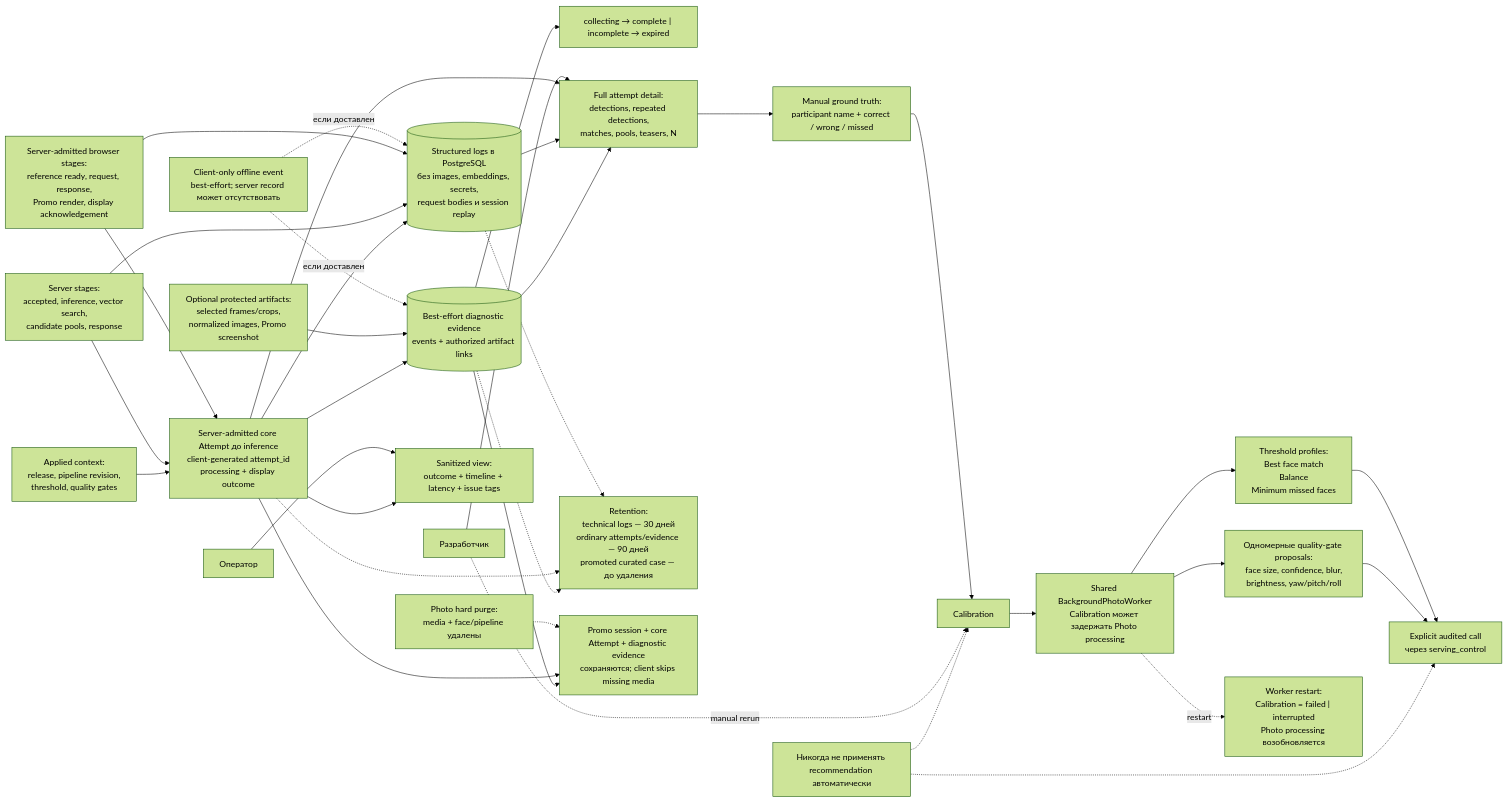
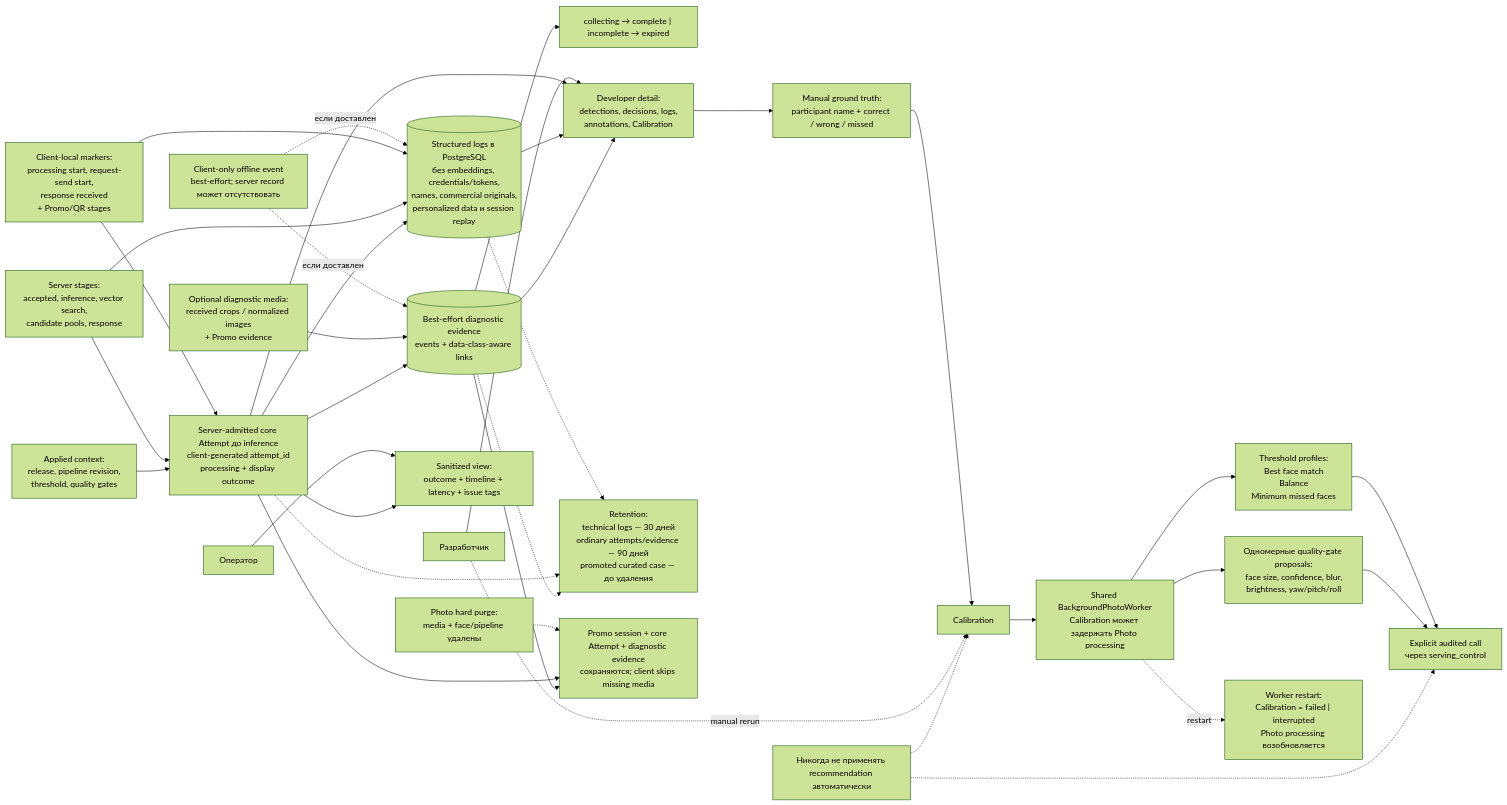
One commit to nicelight/face_moment changed the diagram in mermaids/06-diagnostics-and-calibration.md. Above: the diagram before and after it, drawn with Mermaid (forest theme). The commit also changed other lines of this file and 103 other files, not shown here.

````diff
--- a/mermaids/06-diagnostics-and-calibration.md
+++ b/mermaids/06-diagnostics-and-calibration.md
@@ -8,67 +9,67 @@
 ```mermaid
 flowchart LR
-    browser["Server-admitted browser stages:<br/>reference ready, request, response,<br/>Promo render, display acknowledgement"]
+    browser["Client-local markers:<br/>processing start, request-send start,<br/>response received<br/>+ Promo/QR stages"]
     server["Server stages:<br/>accepted, inference, vector search,<br/>candidate pools, response"]
     config["Applied context:<br/>release, pipeline revision,<br/>threshold, quality gates"]
-    artifacts["Optional protected artifacts:<br/>selected frames/crops,<br/>normalized images, Promo screenshot"]
+    artifacts["Optional diagnostic media:<br/>received crops / normalized images<br/>+ Promo evidence"]
 
     attempt["Server-admitted core Attempt до inference<br/>client-generated attempt_id<br/>processing + display outcome"]
     offline["Client-only offline event<br/>best-effort; server record может отсутствовать"]
-    logs[("Structured logs в PostgreSQL<br/>без images, embeddings, secrets,<br/>request bodies и session replay")]
-    evidence[("Best-effort diagnostic evidence<br/>events + authorized artifact links")]
+    logs[("Structured logs в PostgreSQL<br/>без embeddings, credentials/tokens,<br/>names, commercial originals,<br/>personalized data и session replay")]
+    evidence[("Best-effort diagnostic evidence<br/>events + data-class-aware links")]
     evidence_state["collecting → complete | incomplete → expired"]
 
     operator["Оператор"]
     developer["Разработчик"]
     sanitized["Sanitized view:<br/>outcome + timeline + latency + issue tags"]
-    detail["Full attempt detail:<br/>detections, repeated detections,<br/>matches, pools, teasers, N"]
+    detail["Developer detail:<br/>detections, decisions, logs,<br/>annotations, Calibration"]
     annotation["Manual ground truth:<br/>participant name + correct / wrong / missed"]
     calibration["Calibration"]
 
     profiles["Threshold profiles:<br/>Best face match<br/>Balance<br/>Minimum missed faces"]
     gates["Одномерные quality-gate proposals:<br/>face size, confidence, blur,<br/>brightness, yaw/pitch/roll"]
     worker["Shared BackgroundPhotoWorker<br/>Calibration может задержать Photo processing"]
     interrupted["Worker restart:<br/>Calibration = failed | interrupted<br/>Photo processing возобновляется"]
     manual["Explicit audited call<br/>через serving_control"]
 
     browser --> attempt
     server --> attempt
     config --> attempt
     offline -. "если доставлен" .-> logs
     offline -. "если доставлен" .-> evidence
     browser --> logs
     server --> logs
     artifacts --> evidence
     attempt --> logs
     attempt --> evidence
     evidence --> evidence_state
 
     operator --> sanitized
     attempt --> sanitized
 
     developer --> detail
     attempt --> detail
     logs --> detail
     evidence --> detail
     detail --> annotation --> calibration
     calibration --> worker
     worker --> profiles --> manual
     worker --> gates --> manual
     worker -. "restart" .-> interrupted
     developer -. "manual rerun" .-> calibration
 
     retention["Retention:<br/>technical logs — 30 дней<br/>ordinary attempts/evidence — 90 дней<br/>promoted curated case — до удаления"]
     logs -.-> retention
     attempt -.-> retention
     evidence -.-> retention
 
     prohibition["Никогда не применять recommendation автоматически"]
     prohibition -.-> calibration
     prohibition -.-> manual
 
     hard_purge["Photo hard purge:<br/>media + face/pipeline удалены"]
     preserved["Promo session + core Attempt + diagnostic evidence<br/>сохраняются; client skips missing media"]
     hard_purge -.-> preserved
     attempt --> preserved
     evidence --> preserved
 ```
````
